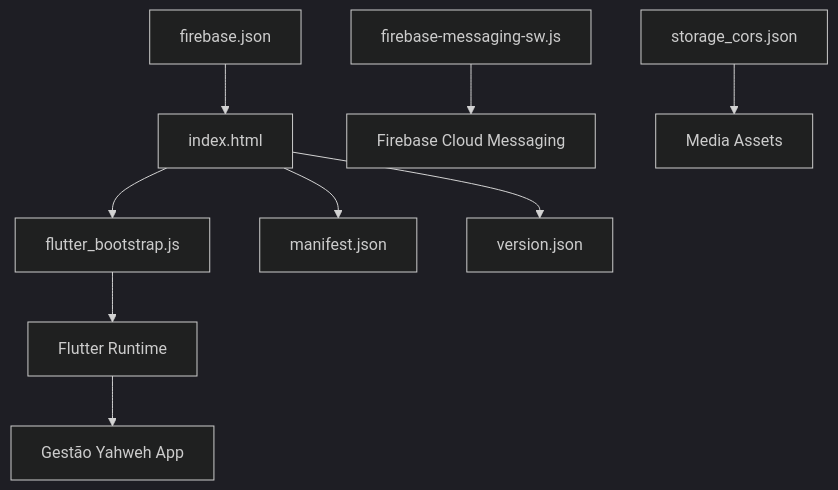
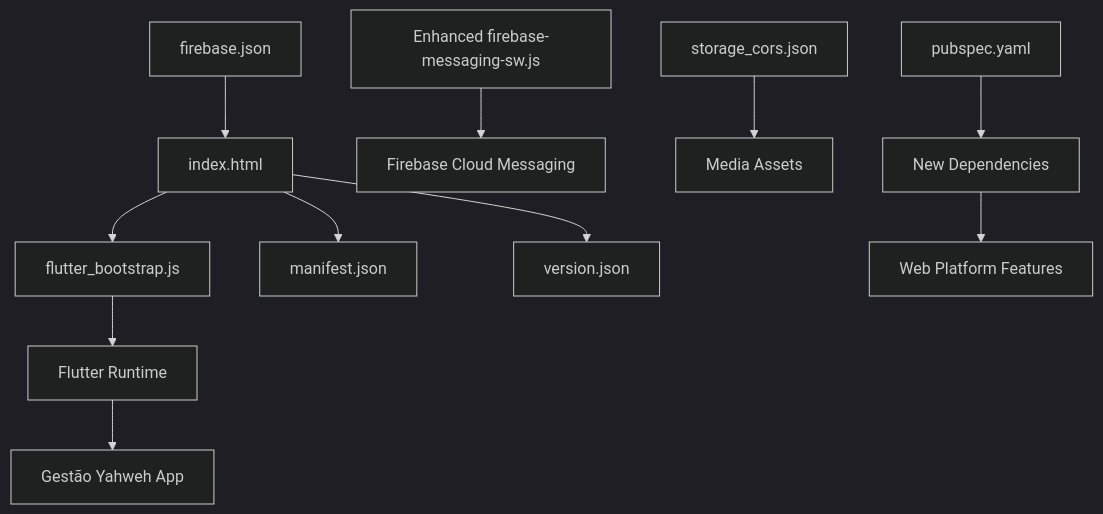
Before and after one commit to raihom-netizen/com.gestaoyahwehios.app: the eighth of 8 diagrams in .qoder/repowiki/en/content/Web Platform/Web Platform.md, drawn with Mermaid (dark theme). The commit also changed other lines of this file and 504 other files, not shown here.

````diff
--- a/.qoder/repowiki/en/content/Web Platform/Web Platform.md
+++ b/.qoder/repowiki/en/content/Web Platform/Web Platform.md
@@ -325,11 +418,13 @@
 ```mermaid
 graph TB
 Index["index.html"] --> Bootstrap["flutter_bootstrap.js"]
 Index --> Manifest["manifest.json"]
 Index --> Version["version.json"]
 Bootstrap --> Runtime["Flutter Runtime"]
 Runtime --> App["Gestão Yahweh App"]
-SW["firebase-messaging-sw.js"] --> FCM["Firebase Cloud Messaging"]
+SW["Enhanced firebase-messaging-sw.js"] --> FCM["Firebase Cloud Messaging"]
 Hosting["firebase.json"] --> Index
 CORS["storage_cors.json"] --> Media["Media Assets"]
+Pubspec["pubspec.yaml"] --> Dependencies["New Dependencies"]
+Dependencies --> WebFeatures["Web Platform Features"]
 ```
````
